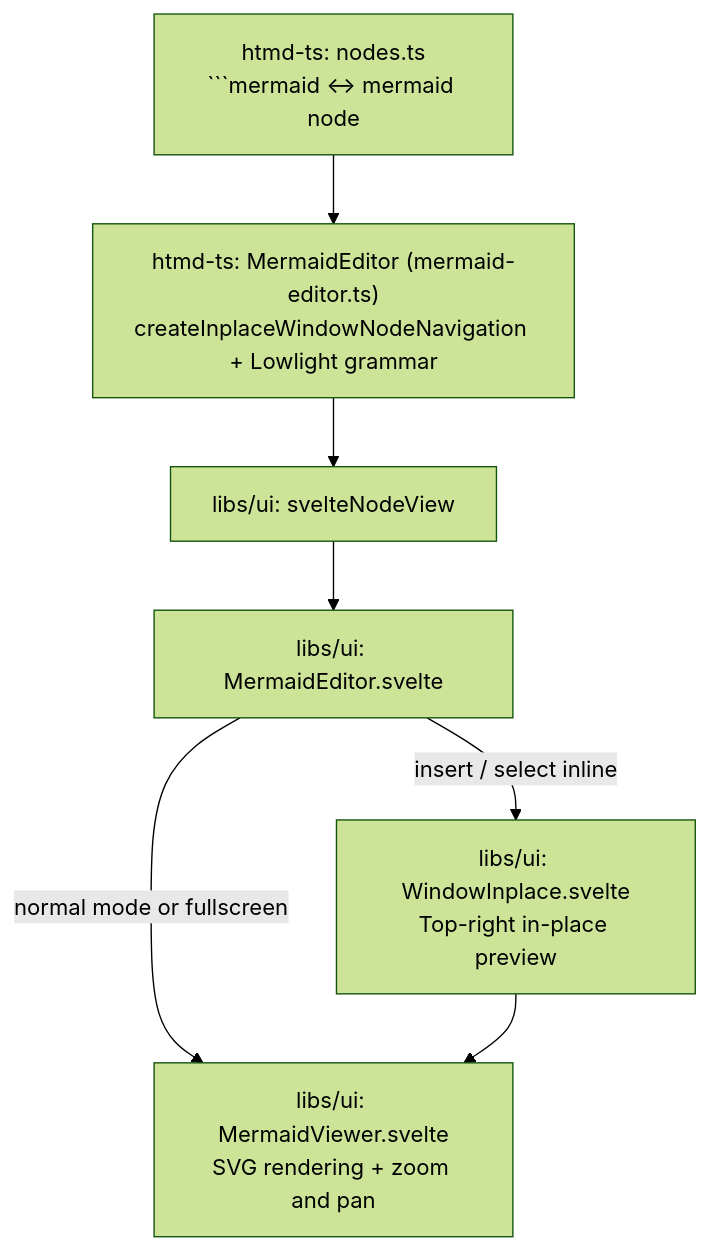
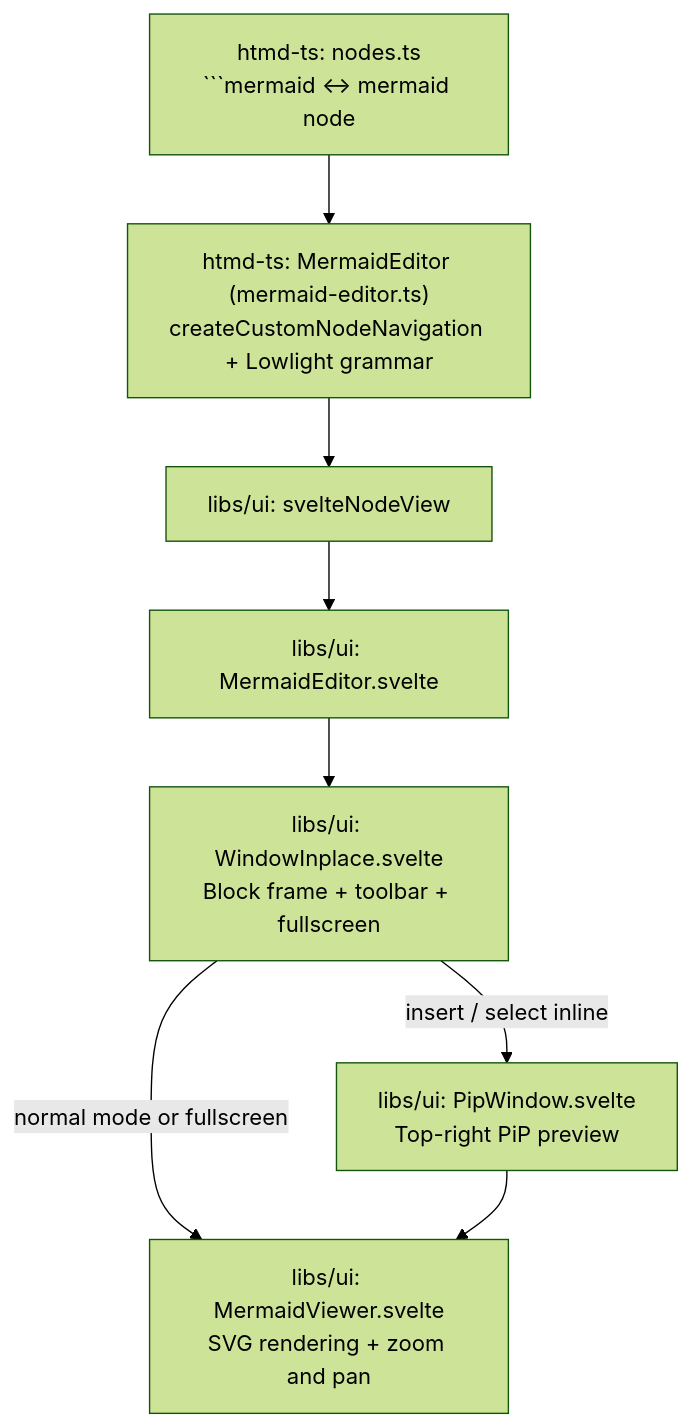
Before and after one commit to hypertextual/hypertextual: the first of 2 diagrams in docs/architecture/ui/htmd-editor/mermaid.md, drawn with Mermaid (forest theme). The commit also changed other lines of this file and 33 other files, not shown here.

Commit message:
refactor(editor): compose WindowInplace and PipWindow in MermaidEditor and adopt createCustomNodeNavigation

````diff
--- a/docs/architecture/ui/htmd-editor/mermaid.md
+++ b/docs/architecture/ui/htmd-editor/mermaid.md
@@ -36,14 +36,16 @@
 ```mermaid
 flowchart TD
     Codec["htmd-ts: nodes.ts<br/>```mermaid <-> mermaid node"]
-    Ext["htmd-ts: MermaidEditor (mermaid-editor.ts)<br/>createInplaceWindowNodeNavigation + Lowlight grammar"]
+    Ext["htmd-ts: MermaidEditor (mermaid-editor.ts)<br/>createCustomNodeNavigation + Lowlight grammar"]
     Adapter["libs/ui: svelteNodeView"]
     Editor["libs/ui: MermaidEditor.svelte"]
+    Inplace["libs/ui: WindowInplace.svelte<br/>Block frame + toolbar + fullscreen"]
+    Pip["libs/ui: PipWindow.svelte<br/>Top-right PiP preview"]
     Viewer["libs/ui: MermaidViewer.svelte<br/>SVG rendering + zoom and pan"]
-    Inplace["libs/ui: WindowInplace.svelte<br/>Top-right in-place preview"]
 
     Codec --> Ext --> Adapter --> Editor
-    Editor -->|"normal mode or fullscreen"| Viewer
-    Editor -->|"insert / select inline"| Inplace
-    Inplace --> Viewer
+    Editor --> Inplace
+    Inplace -->|"normal mode or fullscreen"| Viewer
+    Inplace -->|"insert / select inline"| Pip
+    Pip --> Viewer
 ```
````
